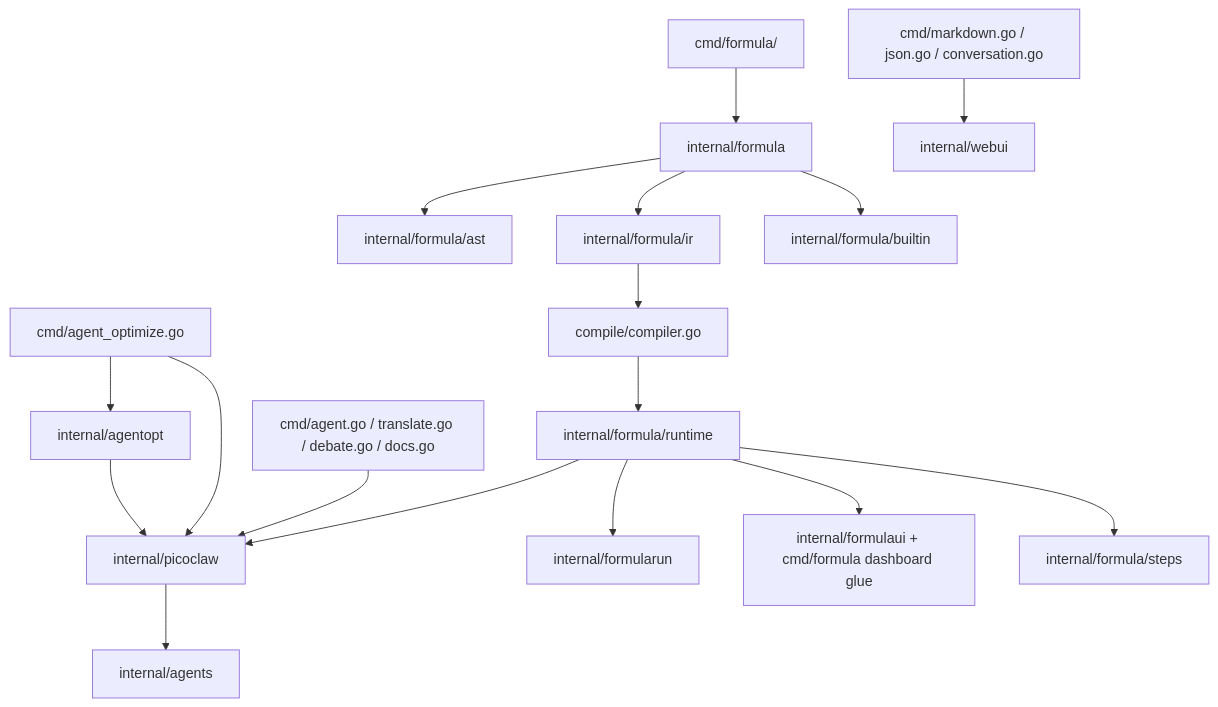
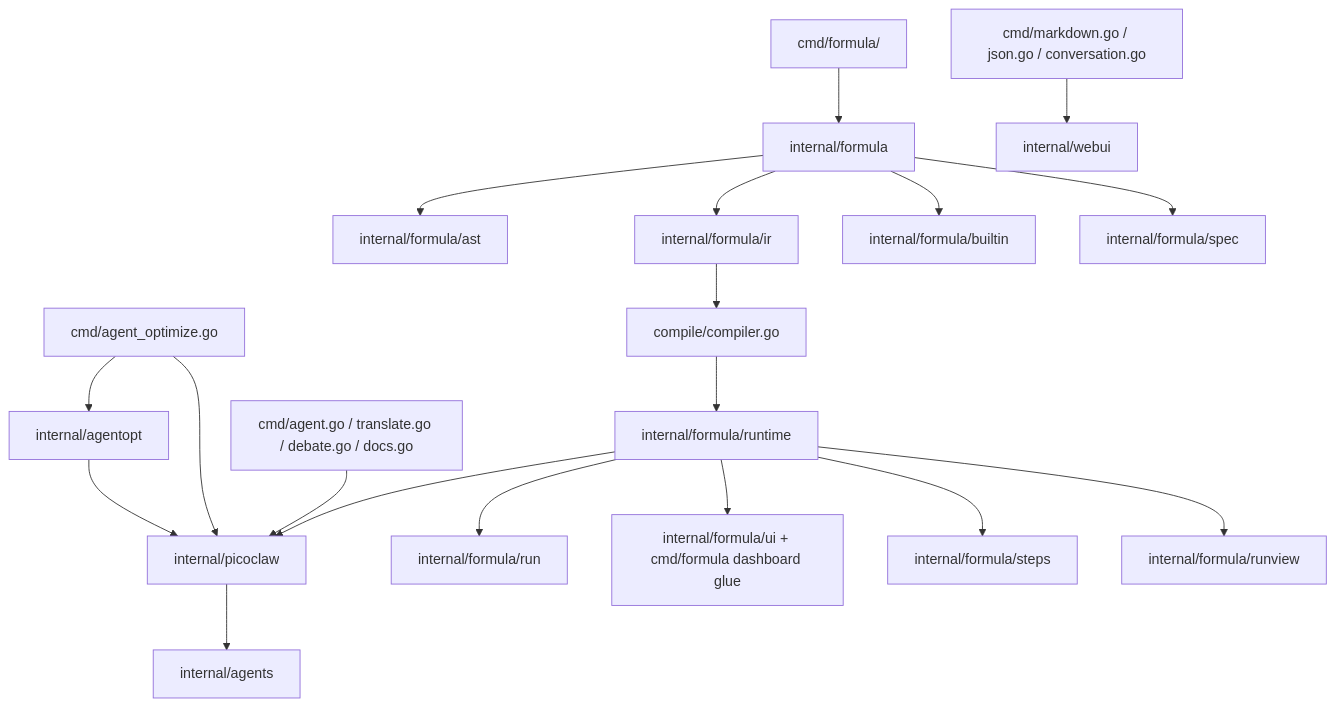
The second of 2 diagrams in ai-docs/module-map.md (sjzsdu/tt), drawn with Mermaid before and after one commit. The commit also changed other lines of this file and 65 other files, not shown here.

Commit message:
refactor(formula): split internal packages into subdirectories

````diff
--- a/ai-docs/module-map.md
+++ b/ai-docs/module-map.md
@@ -324,22 +326,24 @@
 ```mermaid
 flowchart TD
     A[cmd/formula/] --> B[internal/formula]
     B --> B1[internal/formula/ast]
     B --> B2[internal/formula/ir]
     B2 --> C[compile/compiler.go]
     C --> D[internal/formula/runtime]
     D --> E[internal/picoclaw]
-    D --> F[internal/formularun]
-    D --> G[internal/formulaui + cmd/formula dashboard glue]
+    D --> F[internal/formula/run]
+    D --> G[internal/formula/ui + cmd/formula dashboard glue]
     D --> H[internal/formula/steps]
     B --> I[internal/formula/builtin]
+    B --> S[internal/formula/spec]
+    D --> R[internal/formula/runview]
 
     J[cmd/agent.go / translate.go / debate.go / docs.go] --> E
     E --> K[internal/agents]
 
     L[cmd/agent_optimize.go] --> E
     L --> M[internal/agentopt]
     M --> E
 
     N[cmd/markdown.go / json.go / conversation.go] --> O[internal/webui]
 ```
````
